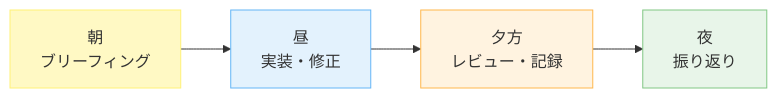
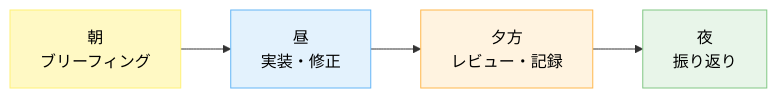
One commit to dinekt/dinekt-wiki changed the first of 5 diagrams in docs/techniques/エージェントと協業する-1-日のワークフロー.md. Above: the diagram before and after it, drawn with Mermaid. The commit also changed other lines of this file and 71 other files, not shown here.

First line of the commit message:
fix: mermaid readability + remove GitHub repo toolbar

````diff
--- a/docs/techniques/エージェントと協業する-1-日のワークフロー.md
+++ b/docs/techniques/エージェントと協業する-1-日のワークフロー.md
@@ -23,11 +23,11 @@
 ```mermaid
 flowchart LR
     M[朝<br/>ブリーフィング] --> D[昼<br/>実装・修正]
     D --> AF[夕方<br/>レビュー・記録]
     AF --> E[夜<br/>振り返り]
 
-    style M fill:#fff9c4,stroke:#fff176
-    style D fill:#e3f2fd,stroke:#64b5f6
-    style AF fill:#fff3e0,stroke:#ffb74d
-    style E fill:#e8f5e9,stroke:#81c784
+    style M fill:#fff9c4,stroke:#fff176,color:#000
+    style D fill:#e3f2fd,stroke:#64b5f6,color:#000
+    style AF fill:#fff3e0,stroke:#ffb74d,color:#000
+    style E fill:#e8f5e9,stroke:#81c784,color:#000
 ```
````
